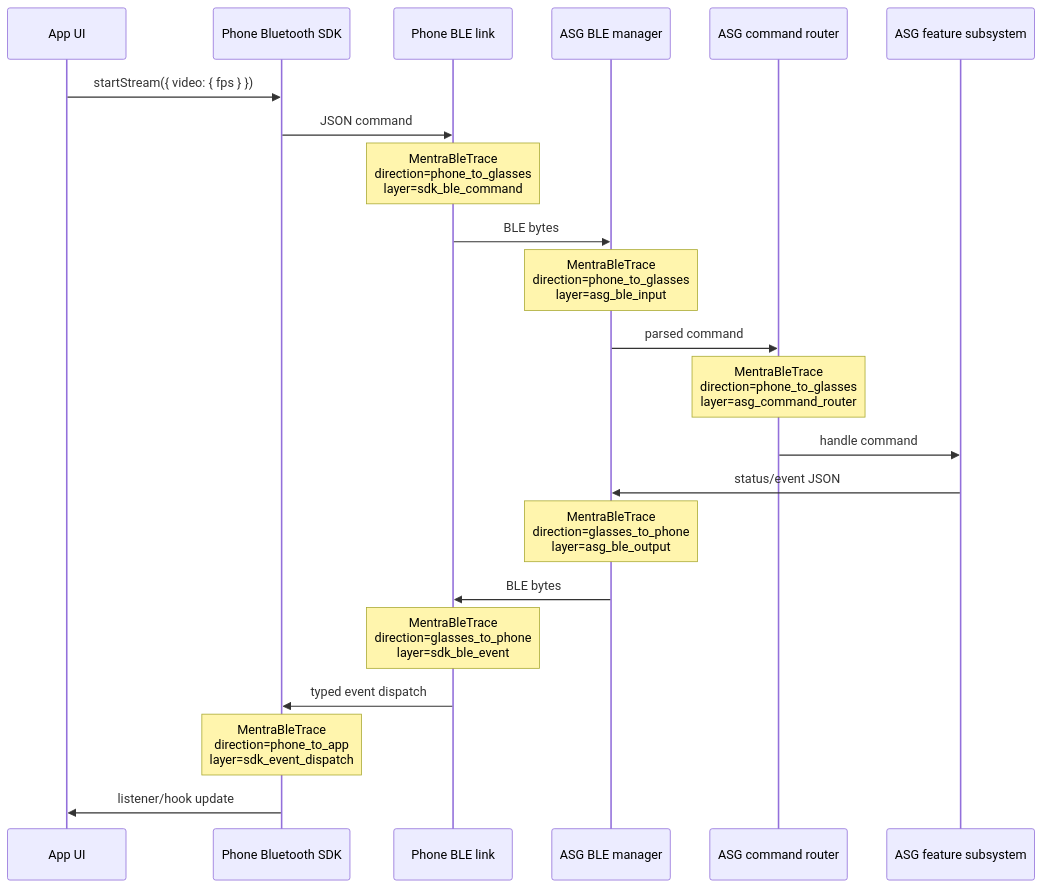
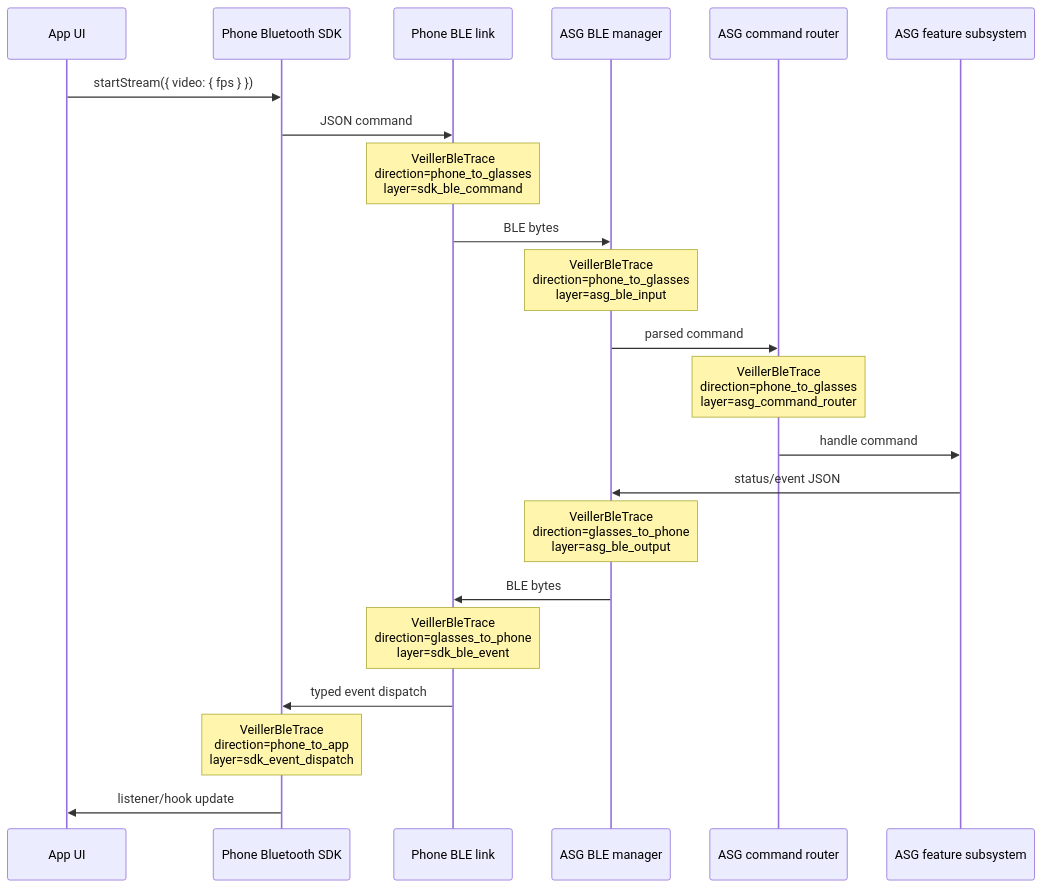
One commit to xerktech/Veiller changed the third of 3 diagrams in notes/bluetooth-sdk-subsystem-tracing.md. Above: the diagram before and after it, drawn with Mermaid. The commit also changed other lines of this file and 2317 other files, not shown here.

````diff
--- a/notes/bluetooth-sdk-subsystem-tracing.md
+++ b/notes/bluetooth-sdk-subsystem-tracing.md
@@ -160,25 +160,25 @@
 ```mermaid
 sequenceDiagram
     participant App as App UI
     participant SDK as Phone Bluetooth SDK
     participant PhoneBLE as Phone BLE link
     participant ASGBLE as ASG BLE manager
     participant Router as ASG command router
     participant Feature as ASG feature subsystem
 
     App->>SDK: startStream({ video: { fps } })
     SDK->>PhoneBLE: JSON command
-    Note over PhoneBLE: MentraBleTrace<br/>direction=phone_to_glasses<br/>layer=sdk_ble_command
+    Note over PhoneBLE: VeillerBleTrace<br/>direction=phone_to_glasses<br/>layer=sdk_ble_command
     PhoneBLE->>ASGBLE: BLE bytes
-    Note over ASGBLE: MentraBleTrace<br/>direction=phone_to_glasses<br/>layer=asg_ble_input
+    Note over ASGBLE: VeillerBleTrace<br/>direction=phone_to_glasses<br/>layer=asg_ble_input
     ASGBLE->>Router: parsed command
-    Note over Router: MentraBleTrace<br/>direction=phone_to_glasses<br/>layer=asg_command_router
+    Note over Router: VeillerBleTrace<br/>direction=phone_to_glasses<br/>layer=asg_command_router
     Router->>Feature: handle command
     Feature->>ASGBLE: status/event JSON
-    Note over ASGBLE: MentraBleTrace<br/>direction=glasses_to_phone<br/>layer=asg_ble_output
+    Note over ASGBLE: VeillerBleTrace<br/>direction=glasses_to_phone<br/>layer=asg_ble_output
     ASGBLE->>PhoneBLE: BLE bytes
-    Note over PhoneBLE: MentraBleTrace<br/>direction=glasses_to_phone<br/>layer=sdk_ble_event
+    Note over PhoneBLE: VeillerBleTrace<br/>direction=glasses_to_phone<br/>layer=sdk_ble_event
     PhoneBLE->>SDK: typed event dispatch
-    Note over SDK: MentraBleTrace<br/>direction=phone_to_app<br/>layer=sdk_event_dispatch
+    Note over SDK: VeillerBleTrace<br/>direction=phone_to_app<br/>layer=sdk_event_dispatch
     SDK->>App: listener/hook update
 ```
````
